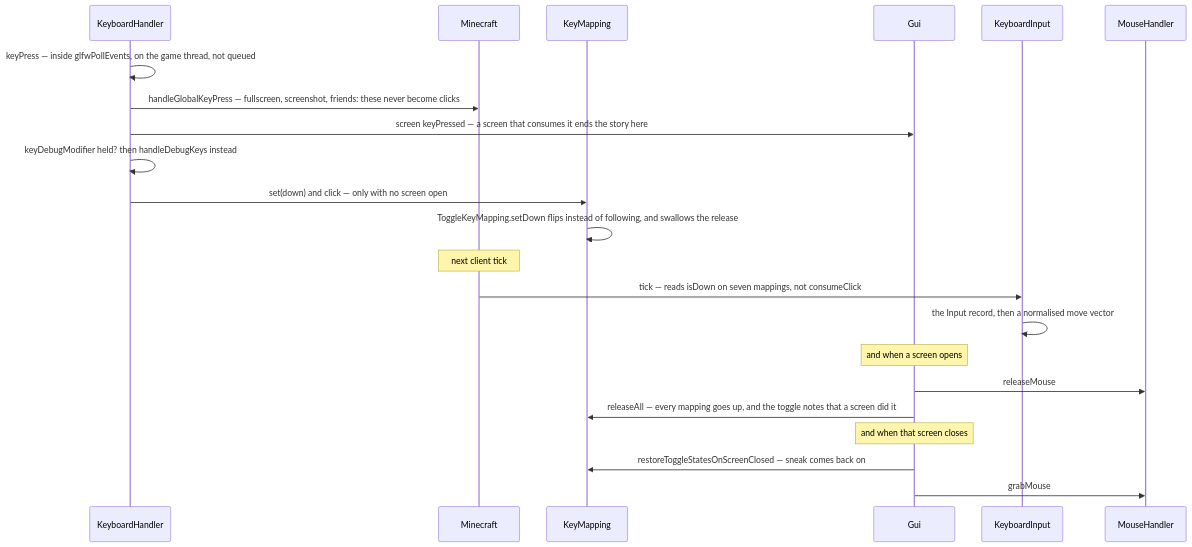
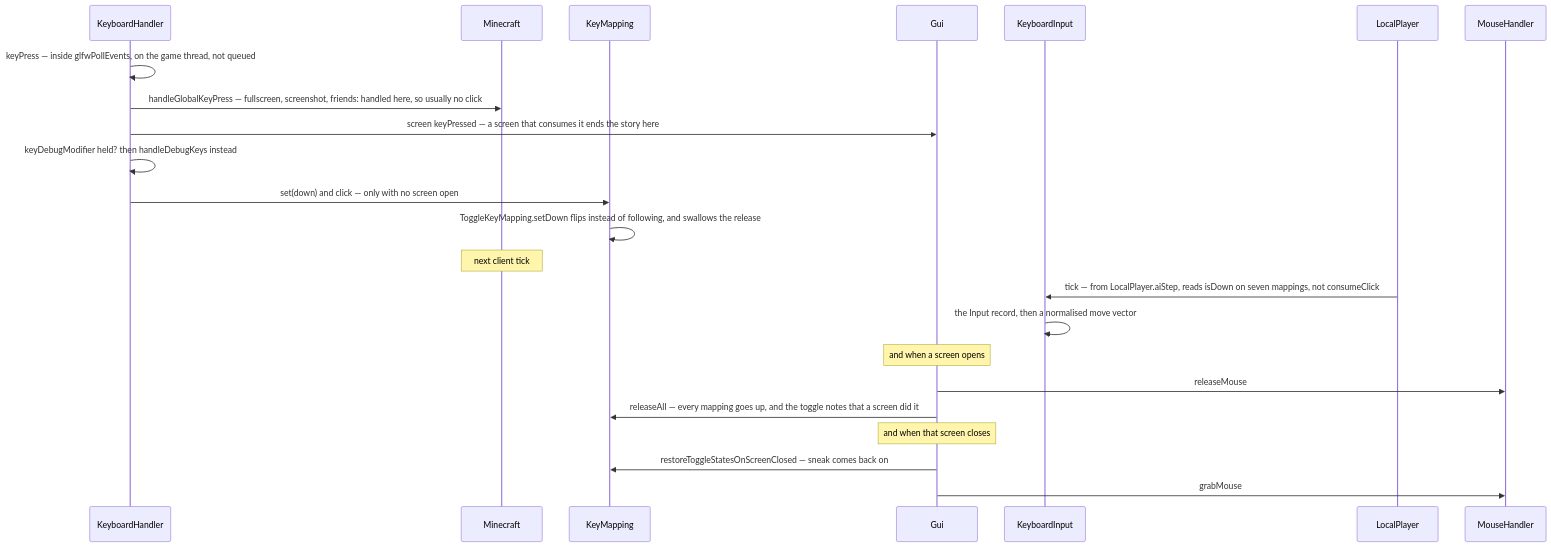
Before and after one commit to AlexanderjFraser/MinecraftDocs: the diagram in src/systems/client/input-and-keybinds.md, drawn with Mermaid. The commit also changed other lines of this file and 7 other files, not shown here.

````diff
--- a/src/systems/client/input-and-keybinds.md
+++ b/src/systems/client/input-and-keybinds.md
@@ -40,25 +42,26 @@
 ```mermaid
 sequenceDiagram
     participant KH as KeyboardHandler
     participant MC as Minecraft
     participant KM as KeyMapping
     participant Gui as Gui
     participant KI as KeyboardInput
+    participant LP as LocalPlayer
     participant MH as MouseHandler
 
     KH->>KH: keyPress — inside glfwPollEvents, on the game thread, not queued
-    KH->>MC: handleGlobalKeyPress — fullscreen, screenshot, friends: these never become clicks
+    KH->>MC: handleGlobalKeyPress — fullscreen, screenshot, friends: handled here, so usually no click
     KH->>Gui: screen keyPressed — a screen that consumes it ends the story here
     KH->>KH: keyDebugModifier held? then handleDebugKeys instead
     KH->>KM: set(down) and click — only with no screen open
     KM->>KM: ToggleKeyMapping.setDown flips instead of following, and swallows the release
     Note over MC: next client tick
-    MC->>KI: tick — reads isDown on seven mappings, not consumeClick
+    LP->>KI: tick — from LocalPlayer.aiStep, reads isDown on seven mappings, not consumeClick
     KI->>KI: the Input record, then a normalised move vector
     Note over Gui: and when a screen opens
     Gui->>MH: releaseMouse
     Gui->>KM: releaseAll — every mapping goes up, and the toggle notes that a screen did it
     Note over Gui: and when that screen closes
     Gui->>KM: restoreToggleStatesOnScreenClosed — sneak comes back on
     Gui->>MH: grabMouse
 ```
````
